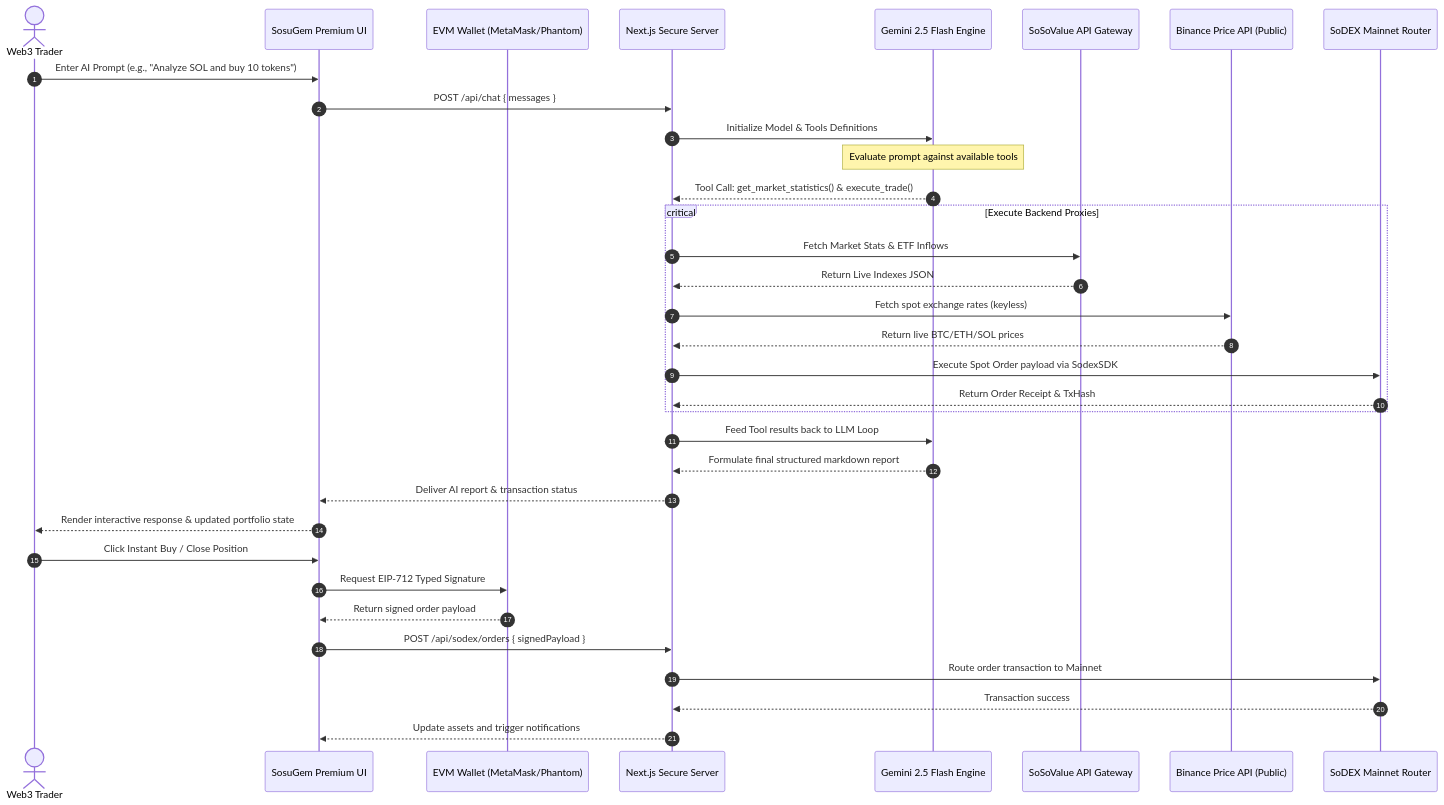
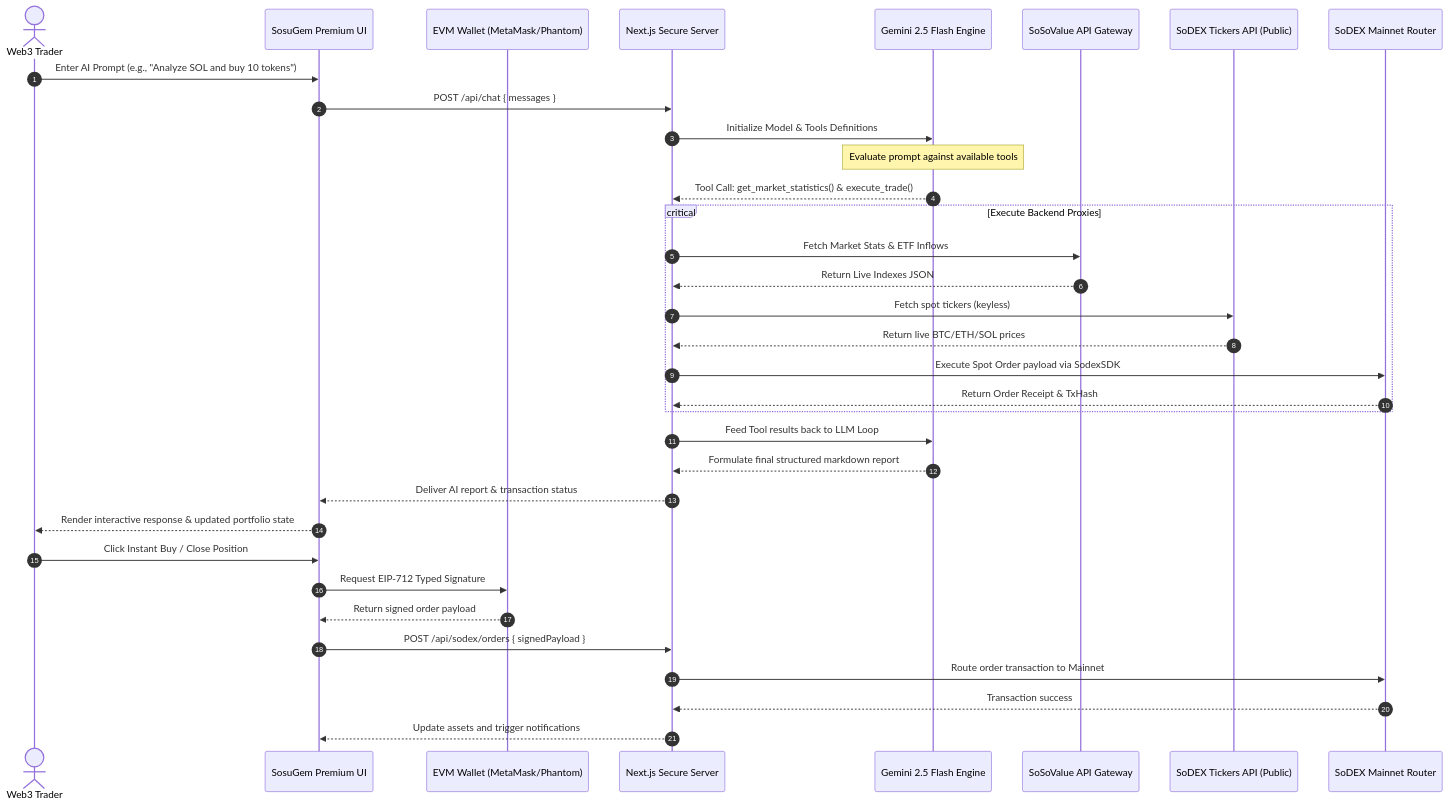
One commit to Cyptoboy777/sosogem changed the diagram in README.md. Above: the diagram before and after it, drawn with Mermaid. The commit also changed other lines of this file and 5 other files, not shown here.

Commit message:
Refactor pricing and API integration: fetch real SoDEX prices and SoSoValue OpenAPI endpoints, remove Binance API

````diff
--- a/README.md
+++ b/README.md
@@ -20,43 +20,43 @@
 ```mermaid
 sequenceDiagram
     autonumber
     actor User as Web3 Trader
     participant UI as SosuGem Premium UI
     participant Wallet as EVM Wallet (MetaMask/Phantom)
     participant NextSrv as Next.js Secure Server
     participant Gemini as Gemini 2.5 Flash Engine
     participant SoSoValue as SoSoValue API Gateway
-    participant Binance as Binance Price API (Public)
+    participant SoDEXTickers as SoDEX Tickers API (Public)
     participant SoDEX as SoDEX Mainnet Router
 
     %% AI Research Loop
     User->>UI: Enter AI Prompt (e.g., "Analyze SOL and buy 10 tokens")
     UI->>NextSrv: POST /api/chat { messages }
     NextSrv->>Gemini: Initialize Model & Tools Definitions
     Note over Gemini: Evaluate prompt against available tools
     Gemini-->>NextSrv: Tool Call: get_market_statistics() & execute_trade()
     
     %% Server Tool Resolution
     critical Execute Backend Proxies
         NextSrv->>SoSoValue: Fetch Market Stats & ETF Inflows
         SoSoValue-->>NextSrv: Return Live Indexes JSON
-        NextSrv->>Binance: Fetch spot exchange rates (keyless)
-        Binance-->>NextSrv: Return live BTC/ETH/SOL prices
+        NextSrv->>SoDEXTickers: Fetch spot tickers (keyless)
+        SoDEXTickers-->>NextSrv: Return live BTC/ETH/SOL prices
         NextSrv->>SoDEX: Execute Spot Order payload via SodexSDK
         SoDEX-->>NextSrv: Return Order Receipt & TxHash
     end
     
     NextSrv->>Gemini: Feed Tool results back to LLM Loop
     Gemini-->>NextSrv: Formulate final structured markdown report
     NextSrv-->>UI: Deliver AI report & transaction status
     UI-->>User: Render interactive response & updated portfolio state
 
     %% Direct Trading Loop
     User->>UI: Click Instant Buy / Close Position
     UI->>Wallet: Request EIP-712 Typed Signature
     Wallet-->>UI: Return signed order payload
     UI->>NextSrv: POST /api/sodex/orders { signedPayload }
     NextSrv->>SoDEX: Route order transaction to Mainnet
     SoDEX-->>NextSrv: Transaction success
     NextSrv-->>UI: Update assets and trigger notifications
 ```
````
